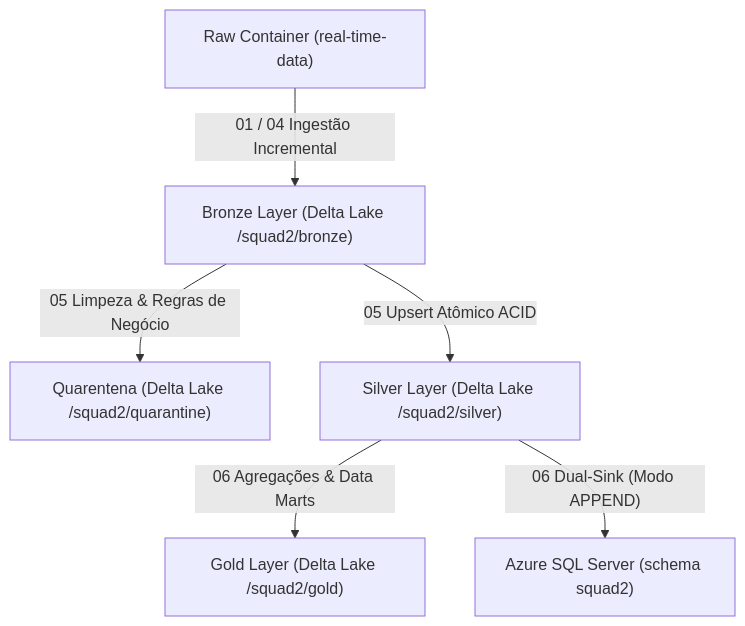
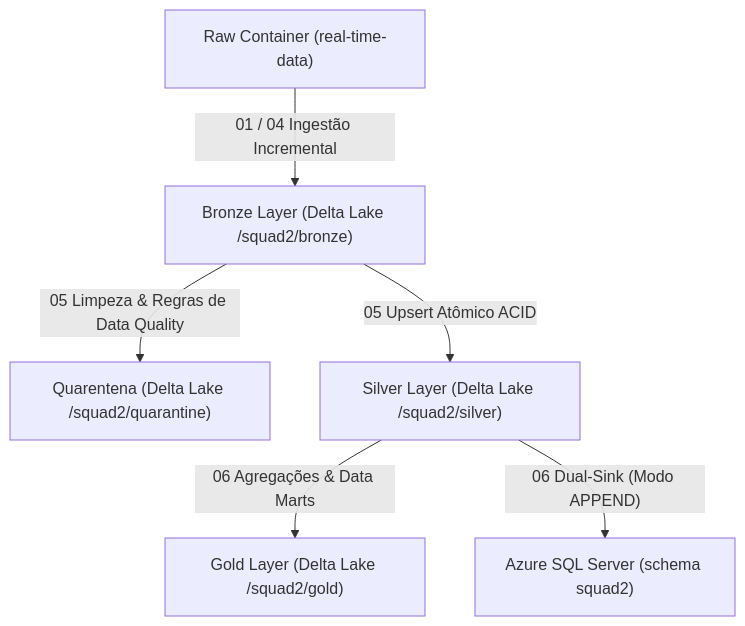
The second of 2 diagrams in squad2/README.md (GeovanyADCancio/estagio-empregadados-turma-2), drawn with Mermaid before and after one commit. The commit also changed other lines of this file, not shown here.

Commit message:
docs(squad2): atualizar README com matriz completa de regras tecnicas, de negocio e os 6 data marts gold

````diff
--- a/squad2/README.md
+++ b/squad2/README.md
@@ -92,8 +95,8 @@
 ```mermaid
 flowchart TD
     RAW["Raw Container (real-time-data)"] -->|"01 / 04 Ingestão Incremental"| BRONZE["Bronze Layer (Delta Lake /squad2/bronze)"]
-    BRONZE -->|"05 Limpeza & Regras de Negócio"| QUARANTINE["Quarentena (Delta Lake /squad2/quarantine)"]
+    BRONZE -->|"05 Limpeza & Regras de Data Quality"| QUARANTINE["Quarentena (Delta Lake /squad2/quarantine)"]
     BRONZE -->|"05 Upsert Atômico ACID"| SILVER["Silver Layer (Delta Lake /squad2/silver)"]
     SILVER -->|"06 Agregações & Data Marts"| GOLD_LAKE["Gold Layer (Delta Lake /squad2/gold)"]
     SILVER -->|"06 Dual-Sink (Modo APPEND)"| SQL_DB["Azure SQL Server (schema squad2)"]
 ```
````
